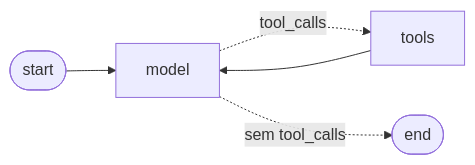
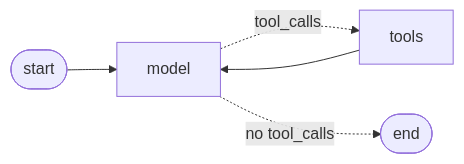
The diagram in README.md (marcusbtc/weather-agent), drawn with Mermaid before and after one commit. The commit also changed other lines of this file and 3 other files, not shown here.

````diff
--- a/README.md
+++ b/README.md
@@ -54,7 +18,7 @@
 ```mermaid
 graph LR
     __start__([start]) --> model
     model -.->|tool_calls| tools
-    model -.->|sem tool_calls| __end__([end])
+    model -.->|no tool_calls| __end__([end])
     tools --> model
 ```
````
